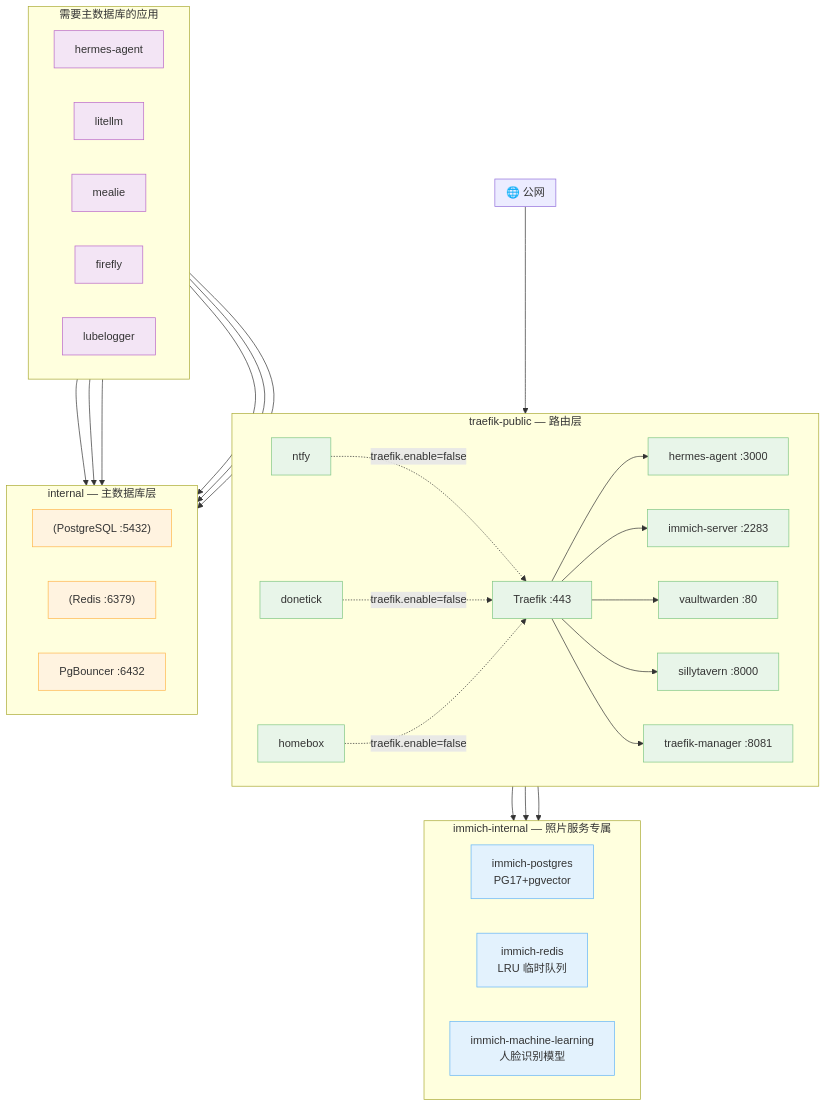
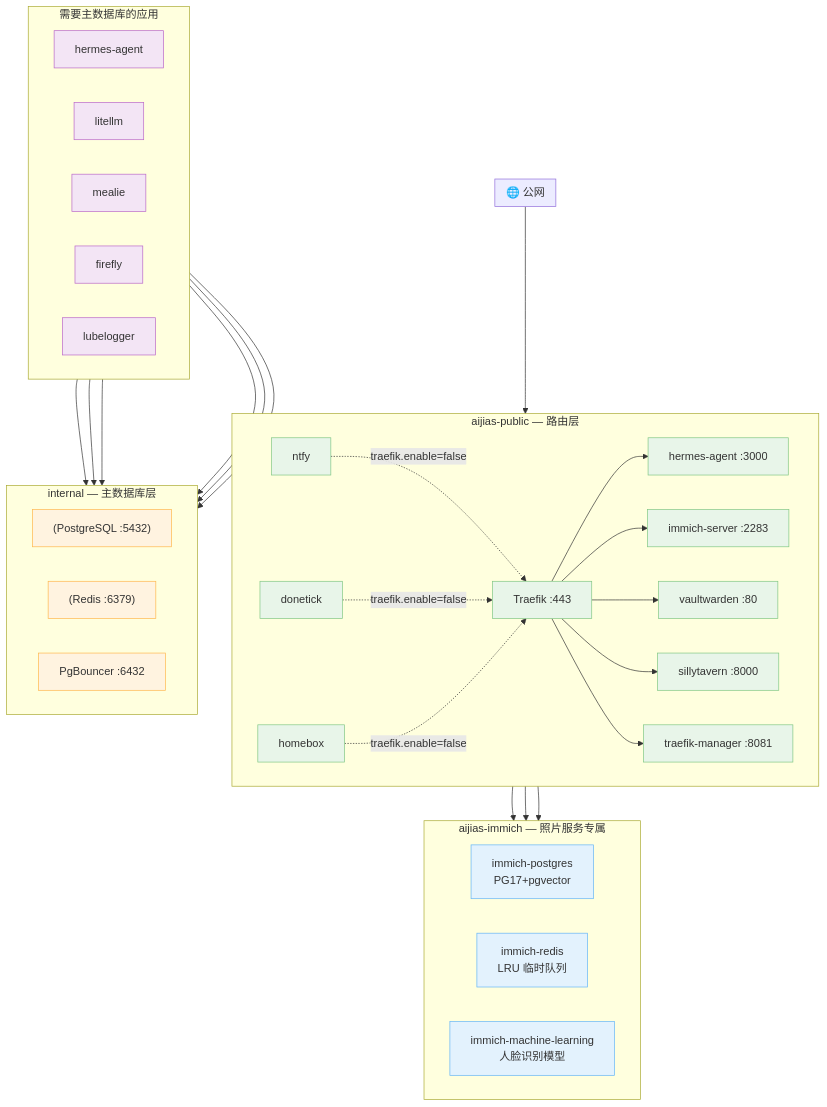
Before and after one commit to Louis-Anson/AiJiaS: the second of 2 diagrams in docs/architecture.md, drawn with Mermaid. The commit also changed other lines of this file and 8 other files, not shown here.

````diff
--- a/docs/architecture.md
+++ b/docs/architecture.md
@@ -156,64 +156,64 @@
 ```mermaid
 flowchart TB
     subgraph Internet["🌐 公网"]
     end
 
-    subgraph TPublic["traefik-public — 路由层"]
+    subgraph TPublic["aijias-public — 路由层"]
         direction LR
         T["Traefik :443"] --> GW["hermes-agent :3000"]
         T --> IM["immich-server :2283"]
         T --> VW["vaultwarden :80"]
         T --> ST["sillytavern :8000"]
         T --> TK["traefik-manager :8081"]
         NT["ntfy"] -.->|traefik.enable=false| T
         DT["donetick"] -.->|traefik.enable=false| T
         HB["homebox"] -.->|traefik.enable=false| T
     end
 
     subgraph Internal["internal — 主数据库层"]
         direction LR
         PG["(PostgreSQL :5432)"]
         RD["(Redis :6379)"]
         PB["PgBouncer :6432"]
     end
 
-    subgraph ImmichNet["immich-internal — 照片服务专属"]
+    subgraph ImmichNet["aijias-immich — 照片服务专属"]
         direction LR
         IPG["immich-postgres
 PG17+pgvector"]
         IRD["immich-redis
 LRU 临时队列"]
         ML["immich-machine-learning
 人脸识别模型"]
     end
 
     subgraph Apps["需要主数据库的应用"]
         direction LR
         HA["hermes-agent"]
         LL["litellm"]
         ML2["mealie"]
         FF["firefly"]
         LB["lubelogger"]
     end
 
     Internet --> T
     HA --> PB
     LL --> PG
     LL --> RD
     ML2 --> PG
     FF --> PG
     LB --> PG
     IM --> IPG
     IM --> IRD
     IM --> ML
 
     classDef pub fill:#e8f5e9,stroke:#81c784,color:#333
     classDef db fill:#fff3e0,stroke:#ffb74d,color:#333
     classDef imm fill:#e3f2fd,stroke:#64b5f6,color:#333
     classDef app fill:#f3e5f5,stroke:#ba68c8,color:#333
 
     class T,GW,IM,VW,ST,TK,NT,DT,HB pub
     class PG,RD,PB db
     class IPG,IRD,ML imm
     class HA,LL,ML2,FF,LB app
 ```
````
